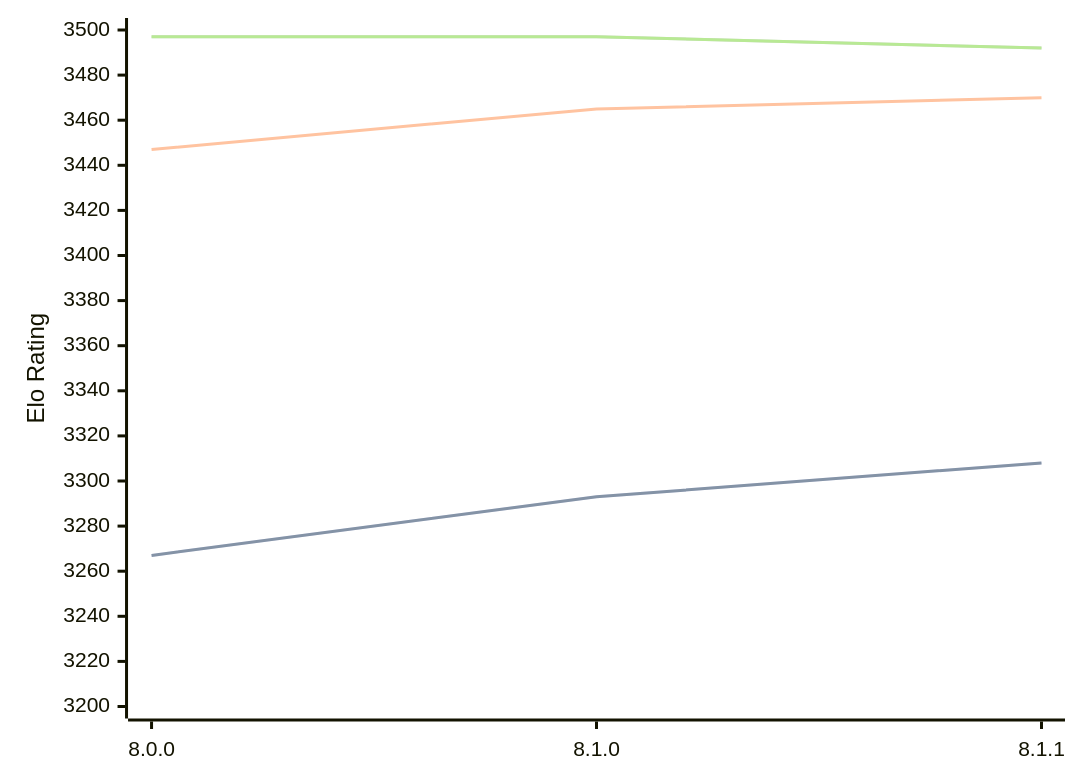
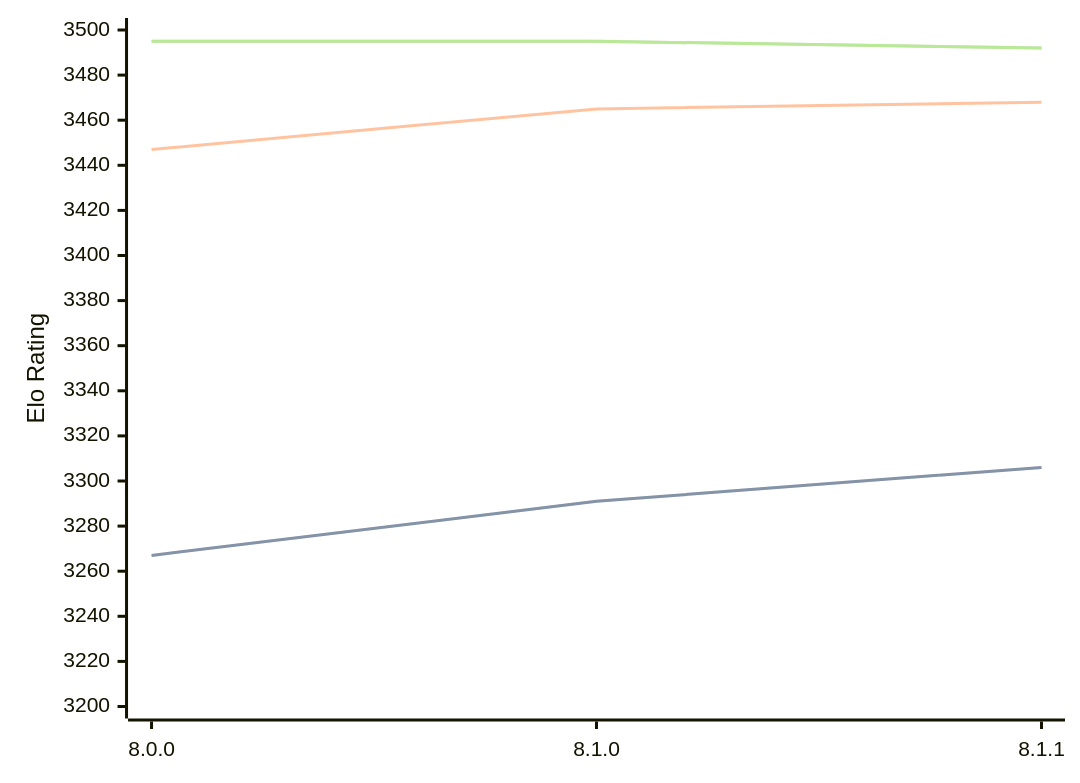
The diagram in engines/Velvet.md (computer-chess-index/cci), drawn with Mermaid before and after one commit. The commit also changed other lines of this file, not shown here.

Commit message:
Update CCI Ratings (ELO VLTC) - 2026-03-30

````diff
--- a/engines/Velvet.md
+++ b/engines/Velvet.md
@@ -57,11 +57,11 @@
 ```mermaid
 %%{init: {"theme":"base","themeVariables":{"seriesColors:['#a3a3a3','#222221','#faa371']}}}%%
 xychart-beta
   x-axis ["8.0.0", "8.1.0", "8.1.1"]
   y-axis "Elo Rating" 3200 --> 3500
-  line "STC (8.0+0.08s)" [3267, 3293, 3308]
-  line "STC (8.0+0.08s)" [3267, 3293, 3308]
-  line "LTC (60.0+0.60s)" [3447, 3465, 3470]
-  line "VLTC (2m24s+1.12s)" [3497, 3497, 3492]
-  line "VLTC (2m24s+1.12s)" [3497, 3497, 3492]
+  line "STC (8.0+0.08s)" [3267, 3291, 3306]
+  line "STC (8.0+0.08s)" [3267, 3291, 3306]
+  line "LTC (60.0+0.60s)" [3447, 3465, 3468]
+  line "VLTC (2m24s+1.12s)" [3495, 3495, 3492]
+  line "VLTC (2m24s+1.12s)" [3495, 3495, 3492]
 ```
````
